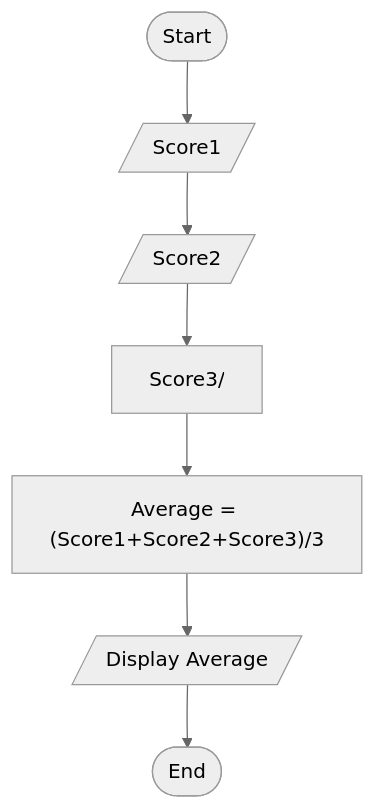
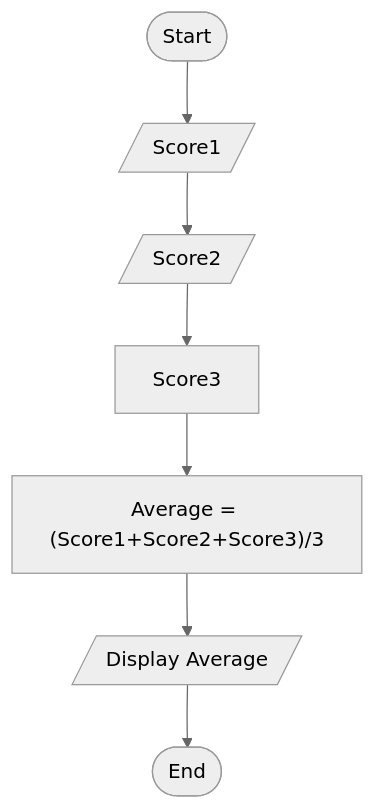
Before and after one commit to delacruzjohnlouiep/CPP102-1CPE-A-delacruzjohnlouiep.: the diagram in Flowchart2.md, drawn with Mermaid (neutral theme).

````diff
--- a/Flowchart2.md
+++ b/Flowchart2.md
@@ -1,9 +1,9 @@
 ```mermaid
 flowchart TD
     A([Start]) --> B[/ Score1 /]
 B --> C[/Score2/]
-C --> D[Score3/]
+C --> D[Score3]
 D --> E["Average = (Score1+Score2+Score3)/3"]
 E --> F[/Display Average/]
 F --> G([End])
 ```
````
